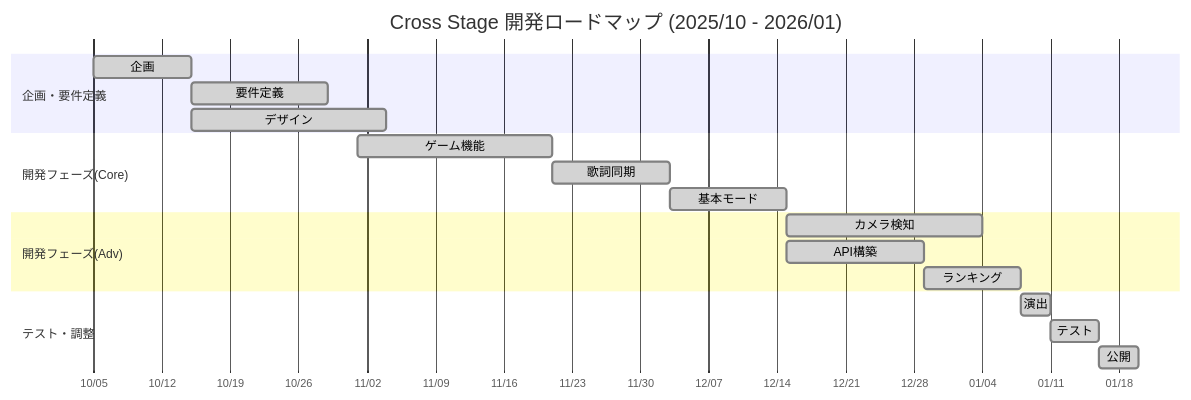
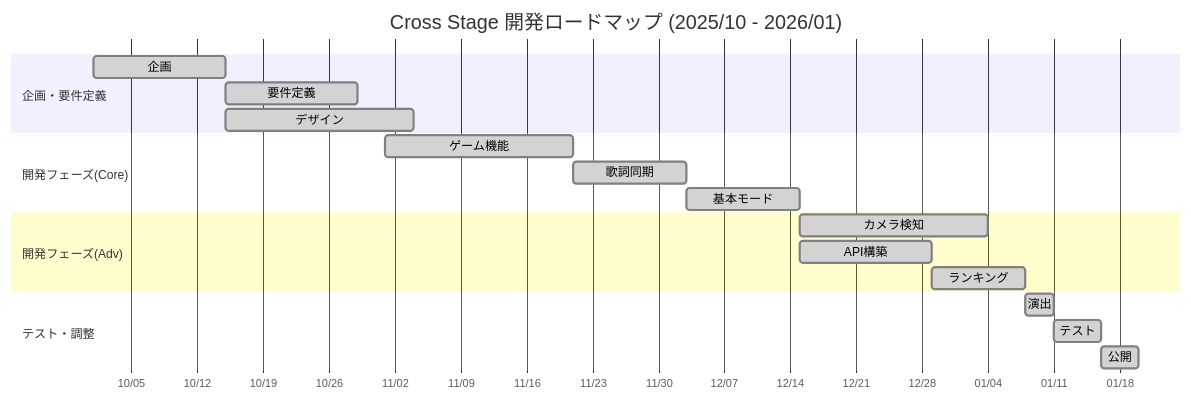
One commit to syusyusyusyu/star changed the sixth of 9 diagrams in README.md. Above: the diagram before and after it, drawn with Mermaid.

Commit message:
fix: 企画の開始日を2025-10-05から2025-10-01に変更

````diff
--- a/README.md
+++ b/README.md
@@ -193,26 +193,26 @@
 ```mermaid
 gantt
     title Cross Stage 開発ロードマップ (2025/10 - 2026/01)
     dateFormat  YYYY-MM-DD
     axisFormat %m/%d
     
     section 企画・要件定義
-    企画               :done, a1, 2025-10-05, 10d
+    企画               :done, a1, 2025-10-01, 14d
     要件定義           :done, a2, after a1, 14d
     デザイン           :done, a3, after a1, 20d
     
     section 開発フェーズ(Core)
     ゲーム機能       :done, b1, 2025-11-01, 20d
     歌詞同期           :done, b2, after b1, 12d
     基本モード         :done, b3, after b2, 12d
     
     section 開発フェーズ(Adv)
     カメラ検知         :done, c1, after b3, 20d
     API構築            :done, c2, after b3, 14d
     ランキング         :done, c3, after c2, 10d
     
     section テスト・調整
     演出               :done, d1, 2026-01-08, 3d
     テスト             :done, d2, after d1, 5d
     公開               :done, d3, after d2, 4d
 ```
````
